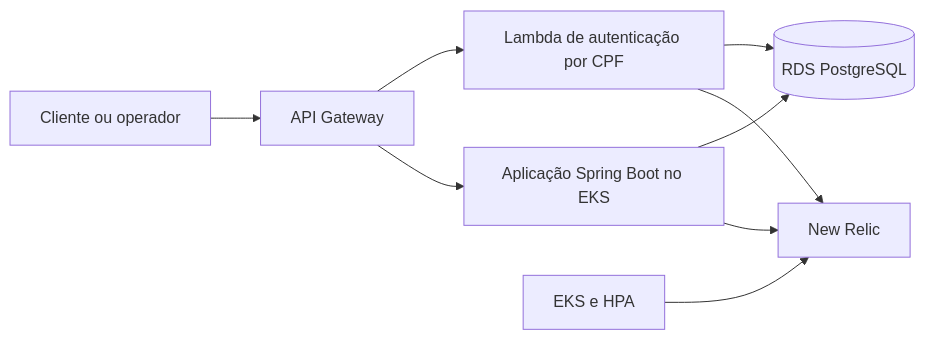
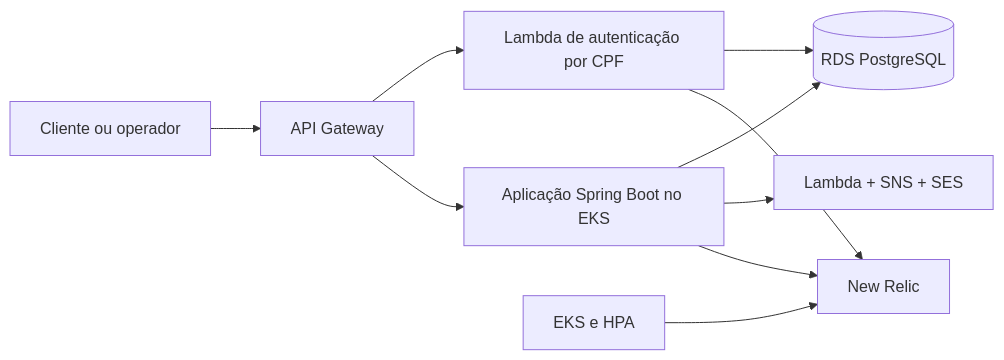
The diagram in README.md (tiagomiele/oficina-backend-fiap-fase3), drawn with Mermaid before and after one commit. The commit also changed other lines of this file and 17 other files, not shown here.

````diff
--- a/README.md
+++ b/README.md
@@ -22,11 +23,12 @@
 ```mermaid
 flowchart LR
     Client[Cliente ou operador] --> APIGW[API Gateway]
     APIGW --> Auth[Lambda de autenticação por CPF]
     Auth --> RDS[(RDS PostgreSQL)]
     APIGW --> App[Aplicação Spring Boot no EKS]
     App --> RDS
+    App --> Notify[Lambda + SNS + SES]
     App --> NR[New Relic]
     Auth --> NR
     EKS[EKS e HPA] --> NR
 ```
````
